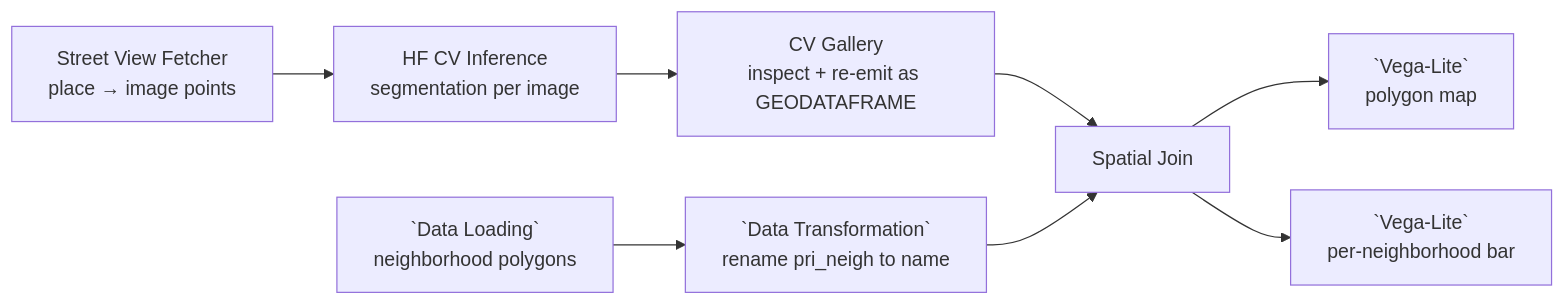
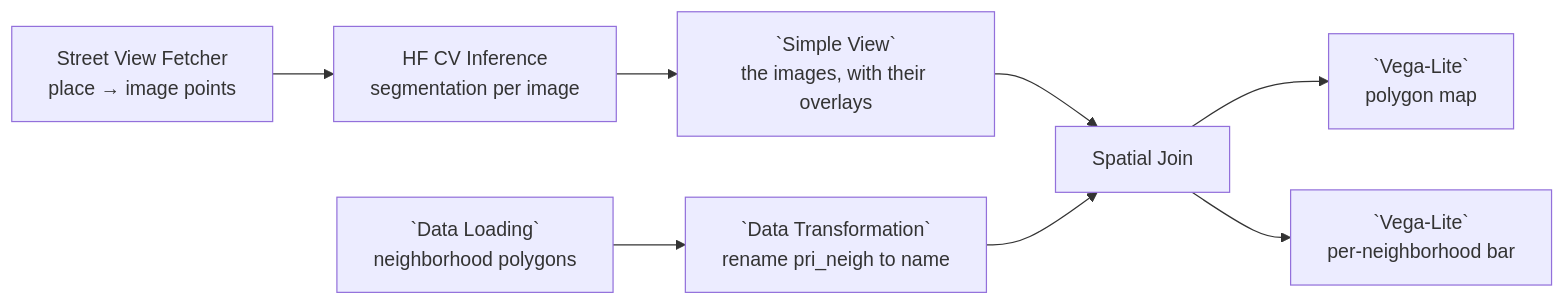
One commit to urban-toolkit/curio changed the diagram in docs/examples/10-street-vision-cv-analysis.md. Above: the diagram before and after it, drawn with Mermaid. The commit also changed other lines of this file and 3 other files, not shown here.

Commit message:
rewire the street-vision example to Simple View (#276)

````diff
--- a/docs/examples/10-street-vision-cv-analysis.md
+++ b/docs/examples/10-street-vision-cv-analysis.md
@@ -15,12 +15,13 @@
 ```mermaid
 flowchart LR
   F[Street View Fetcher<br/>place → image points]
   I[HF CV Inference<br/>segmentation per image]
-  G[CV Gallery<br/>inspect + re-emit as GEODATAFRAME]
+  G[`Simple View`<br/>the images, with their overlays]
   L[`Data Loading`<br/>neighborhood polygons]
 
   F --> I --> G --> SJ[Spatial Join]
+  %% Simple View passes its input straight through, so the join sees the same frame.
   L --> T[`Data Transformation`<br/>rename pri_neigh to name] --> SJ
   SJ --> V1[`Vega-Lite`<br/>polygon map]
   SJ --> V2[`Vega-Lite`<br/>per-neighborhood bar]
 ```
````
